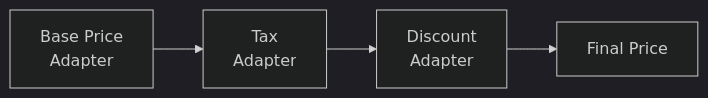
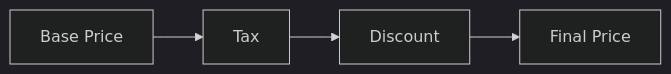
The diagram in docs/docs/guides/custom-pricing.md (unchainedshop/unchained), drawn with Mermaid (dark theme) before and after one commit. The commit also changed other lines of this file and 32 other files, not shown here.

````diff
--- a/docs/docs/guides/custom-pricing.md
+++ b/docs/docs/guides/custom-pricing.md
@@ -16,4 +16,4 @@
 ```mermaid
 flowchart LR
-    BP[Base Price<br/>Adapter] --> TA[Tax<br/>Adapter] --> DA[Discount<br/>Adapter] --> FP[Final Price]
+    BP[Base Price] --> TA[Tax] --> DA[Discount] --> FP[Final Price]
 ```
````
